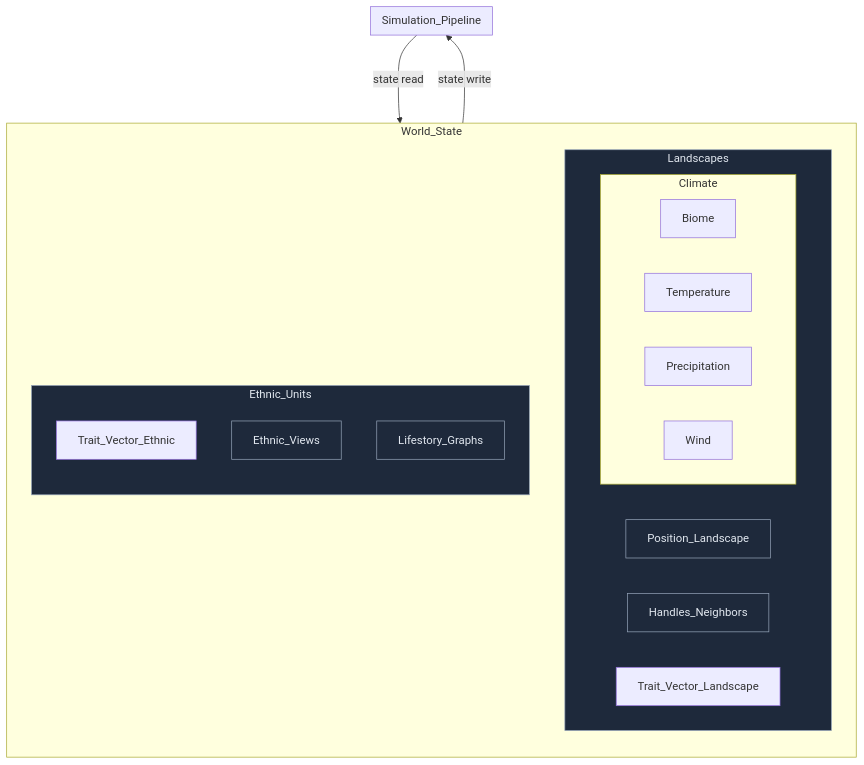
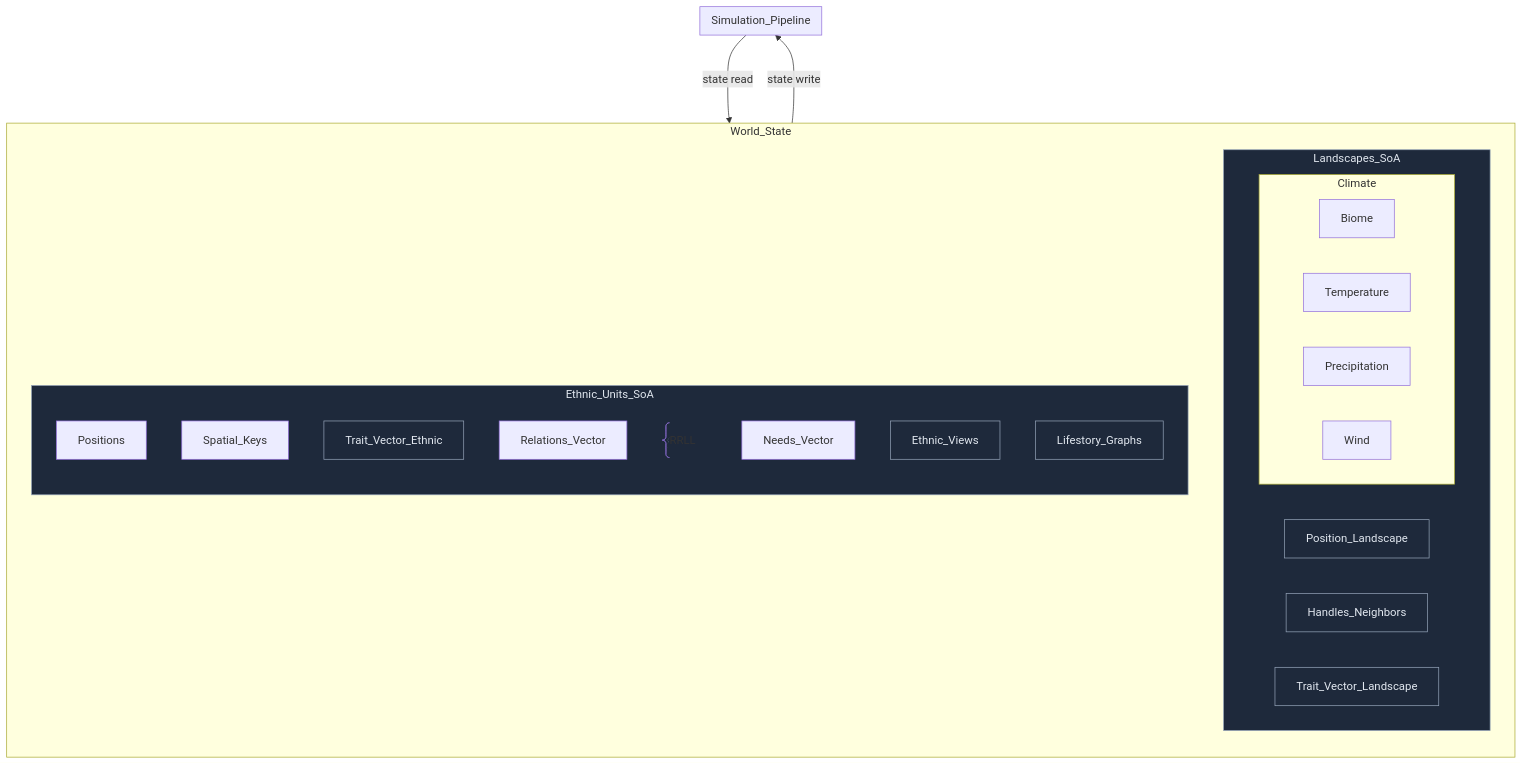
One commit to Ixniyevonn/obsidian-mermaid-inspector changed the diagram in test-vault/Mermaid Inspector Tests/ethnogenesis.mmd. Above: the diagram before and after it, drawn with Mermaid. The commit also changed 7 other files, not shown here.

Commit message:
fix: modern mermaid node declratation support with @ and stuff

```diff
--- a/test-vault/Mermaid Inspector Tests/ethnogenesis.mmd
+++ b/test-vault/Mermaid Inspector Tests/ethnogenesis.mmd
@@ -1,37 +1,46 @@
 flowchart TB
     subgraph World_State
         direction TB
-        subgraph Landscapes
+        subgraph Landscapes_SoA
             Position_Landscape
             Handles_Neighbors
             class Position_Landscape,Handles_Neighbors tech_field
             subgraph Climate
                 Biome
                 Temperature
                 Precipitation
                 Wind
                 %%geology%%
                 %%vegetation%%
                 %%atmosphere%%
             end
             Trait_Vector_Landscape
         end
-        subgraph Ethnic_Units
+        subgraph Ethnic_Units_SoA
             direction TB
+            Positions
+            Spatial_Keys
+            
+
             Trait_Vector_Ethnic
+            %%Persistent unit-owned scalar state whose value describes that unit relative to an externally defined referent%%
+            Relations_Vector 
+            Relations_Vector_Comment@{shape: comment, label: "RRLL"}
+            Needs_Vector
+
             Ethnic_Views
             Lifestory_Graphs
         end
     end
 
     subgraph Simulation_Pipeline
     end
     World_State --->|state write| Simulation_Pipeline
     Simulation_Pipeline --->|state read| World_State
     
     classDef model fill:#1e293b,stroke:#94a3b8,color:#e2e8f0
-    class Traits,Ethnic_Views,Lifestory_Graphs,Landscapes,Ethnic_Units model
+    class Landscapes_SoA,Ethnic_Units_SoA,Traits,Ethnic_Views,Lifestory_Graphs model
 
     classDef field fill:#1e293b,stroke:#94a3b8,color:#e2e8f0
-    class Trait_Vector_Ls,Trait_Vector_EU field
+    class Trait_Vector_Landscape,Trait_Vector_Ethnic field
     classDef tech_field fill:#1e293b,stroke:#94a3b8,color:#e2e8f0
```
